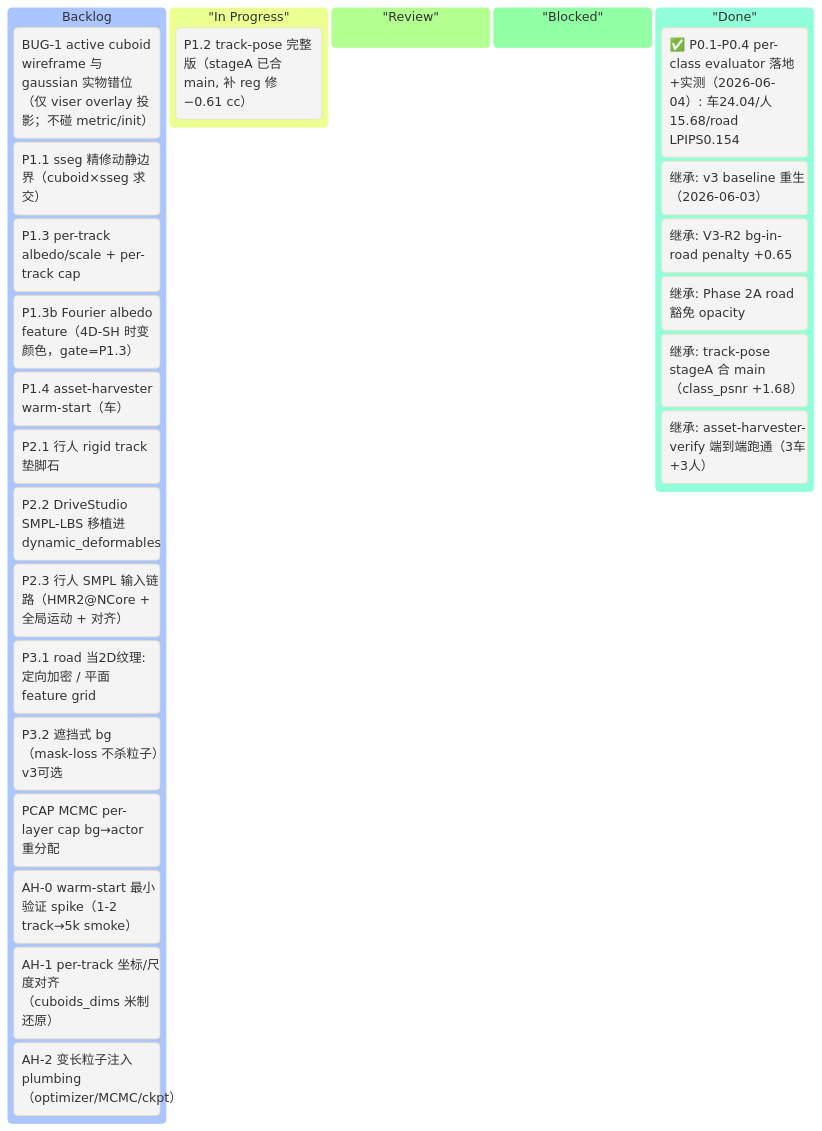
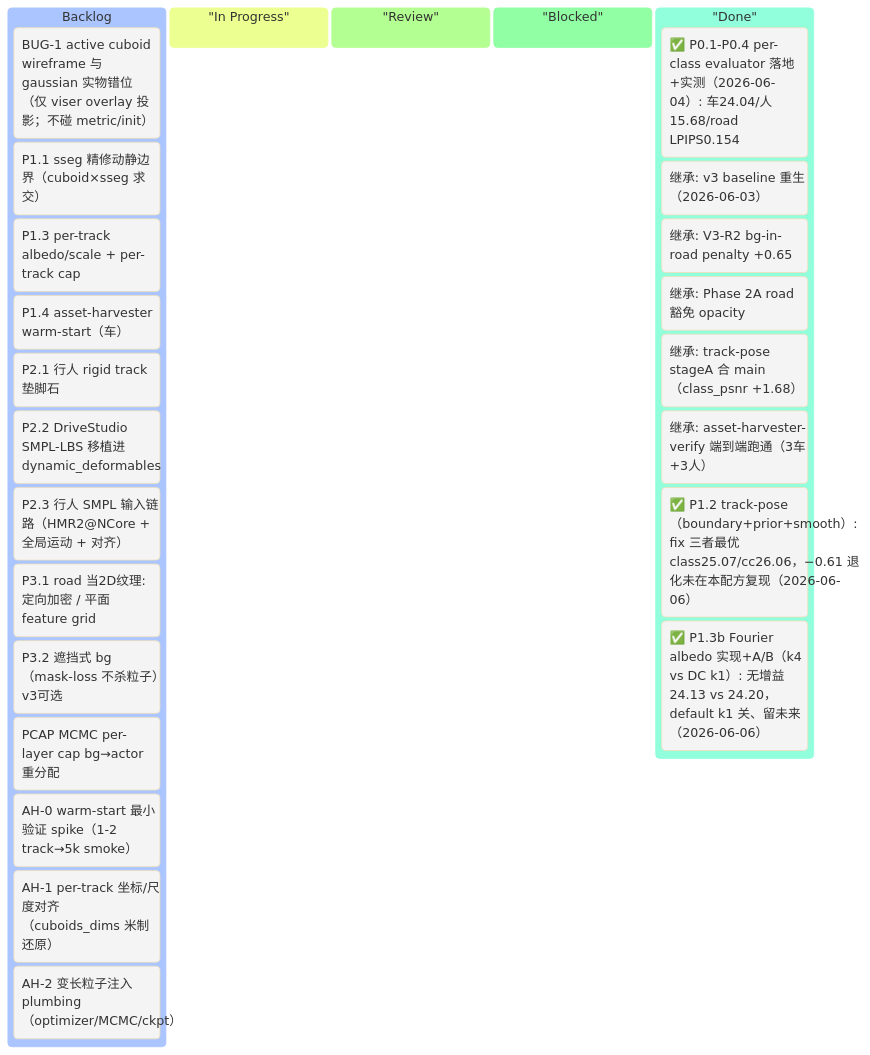
One commit to etendue/3dgrut changed the first of 2 diagrams in v3_plan_revised.md. Above: the diagram before and after it, drawn with Mermaid. The commit also changed other lines of this file and 15 other files, not shown here.

First line of the commit message:
P1 车辆: track-pose anchor (P1.2) + Fourier albedo (P1.3b) (#19)

````diff
--- a/v3_plan_revised.md
+++ b/v3_plan_revised.md
@@ -67,34 +67,34 @@
 ```mermaid
 %%{init: {'theme':'base'}}%%
 kanban
     Backlog
         [BUG-1 active cuboid wireframe 与 gaussian 实物错位（仅 viser overlay 投影；不碰 metric/init）]
         [P1.1 sseg 精修动静边界（cuboid×sseg 求交）]
         [P1.3 per-track albedo/scale + per-track cap]
-        [P1.3b Fourier albedo feature（4D-SH 时变颜色，gate=P1.3）]
         [P1.4 asset-harvester warm-start（车）]
         [P2.1 行人 rigid track 垫脚石]
         [P2.2 DriveStudio SMPL-LBS 移植进 dynamic_deformables]
         [P2.3 行人 SMPL 输入链路（HMR2@NCore + 全局运动 + 对齐）]
         [P3.1 road 当2D纹理: 定向加密 / 平面 feature grid]
         [P3.2 遮挡式 bg（mask-loss 不杀粒子）v3可选]
         [PCAP MCMC per-layer cap bg→actor 重分配]
         [AH-0 warm-start 最小验证 spike（1-2 track→5k smoke）]
         [AH-1 per-track 坐标/尺度对齐（cuboids_dims 米制还原）]
         [AH-2 变长粒子注入 plumbing（optimizer/MCMC/ckpt）]
 
     "In Progress"
-        [P1.2 track-pose 完整版（stageA 已合 main, 补 reg 修 −0.61 cc）]
 
     "Review"
 
     "Blocked"
 
     "Done"
         [✅ P0.1-P0.4 per-class evaluator 落地+实测（2026-06-04）: 车24.04/人15.68/road LPIPS0.154]
         [继承: v3 baseline 重生（2026-06-03）]
         [继承: V3-R2 bg-in-road penalty +0.65]
         [继承: Phase 2A road 豁免 opacity]
         [继承: track-pose stageA 合 main（class_psnr +1.68）]
         [继承: asset-harvester-verify 端到端跑通（3车+3人）]
+        [✅ P1.2 track-pose（boundary+prior+smooth）: fix 三者最优 class25.07/cc26.06，−0.61 退化未在本配方复现（2026-06-06）]
+        [✅ P1.3b Fourier albedo 实现+A/B（k4 vs DC k1）: 无增益 24.13 vs 24.20，default k1 关、留未来（2026-06-06）]
 ```
````
